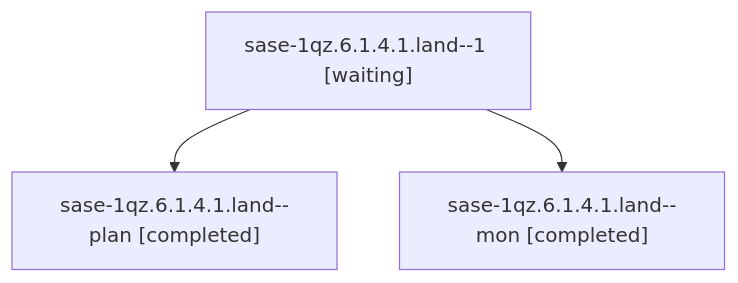
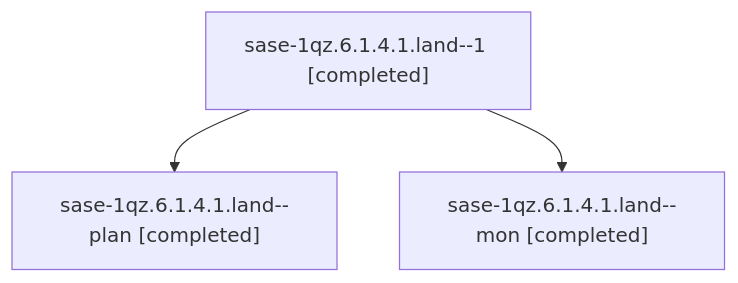
One commit to sase-org/sase--agents changed the diagram in sessions/bbugyi200.athena.sase-1qz.6.1.4.1.land.md. Above: the diagram before and after it, drawn with Mermaid. The commit also changed other lines of this file and 56 other files, not shown here.

````diff
--- a/sessions/bbugyi200.athena.sase-1qz.6.1.4.1.land.md
+++ b/sessions/bbugyi200.athena.sase-1qz.6.1.4.1.land.md
@@ -9,8 +9,8 @@
 ```mermaid
 flowchart TD
-  n0["sase-1qz.6.1.4.1.land--1 [waiting]"]
+  n0["sase-1qz.6.1.4.1.land--1 [completed]"]
   n1["sase-1qz.6.1.4.1.land--plan [completed]"]
   n0 --> n1
   n2["sase-1qz.6.1.4.1.land--mon [completed]"]
   n0 --> n2
 ```
````
